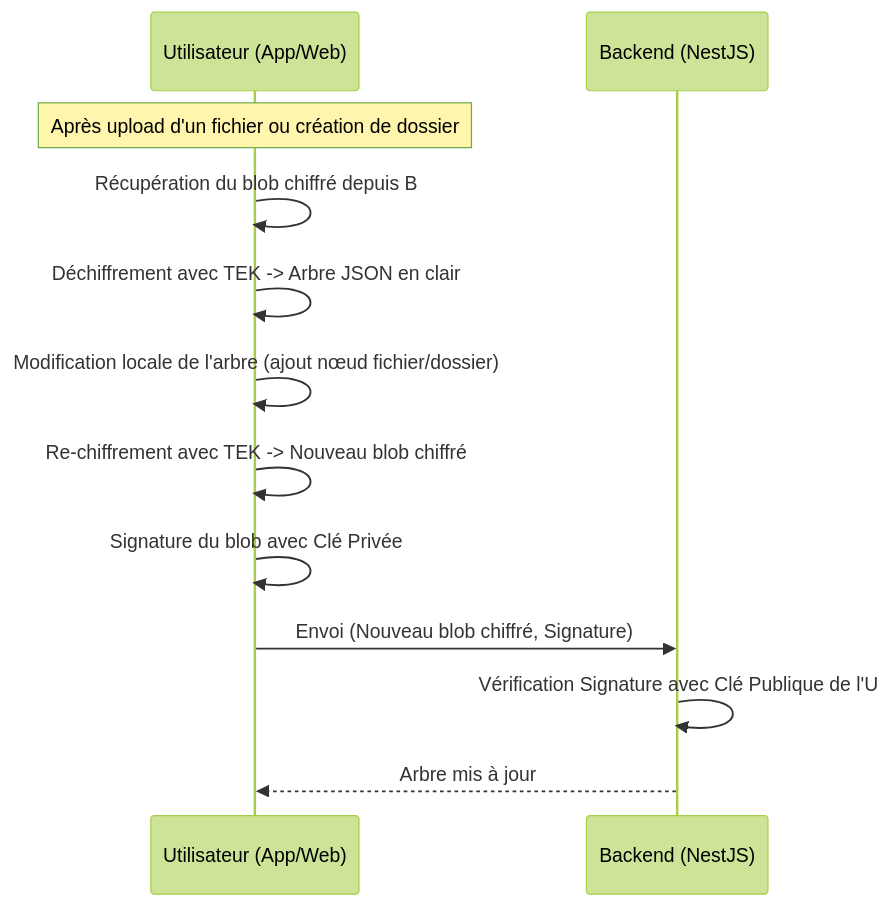
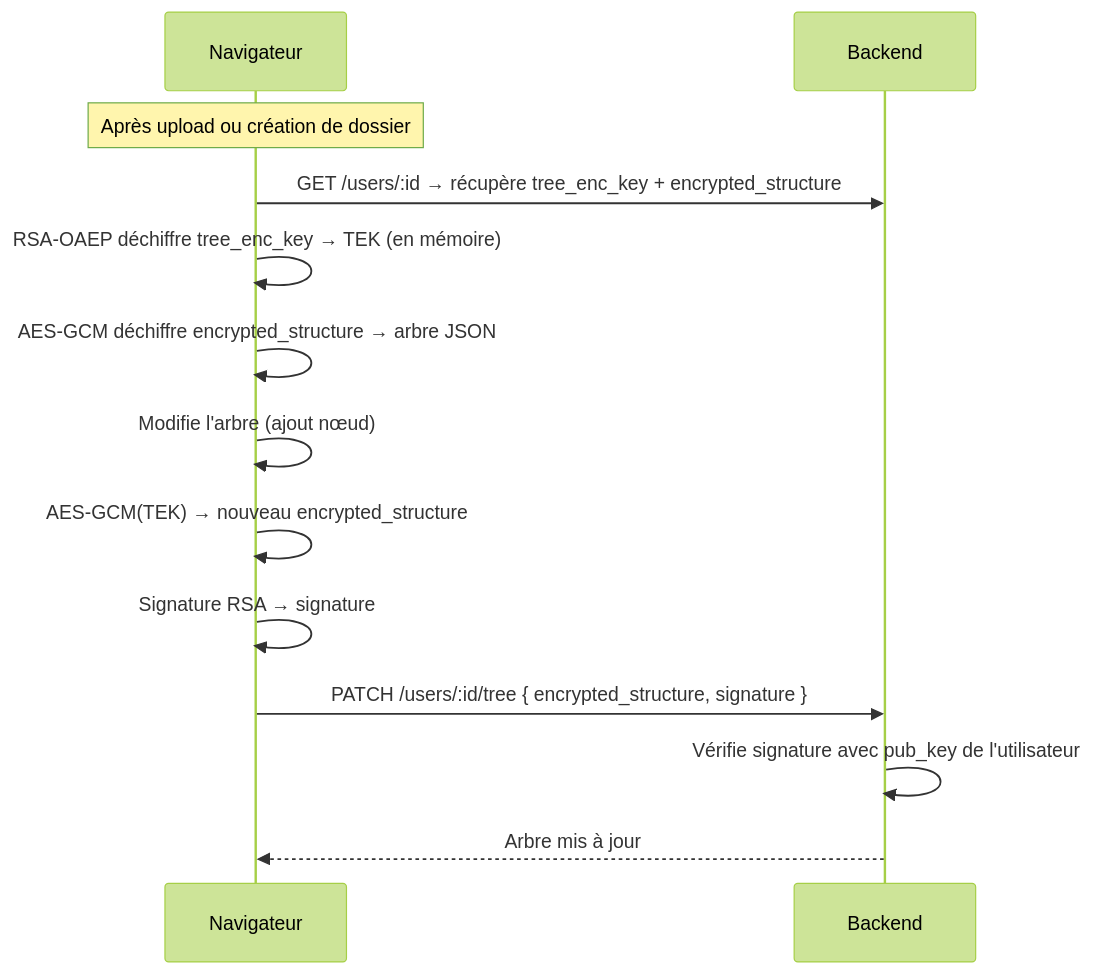
One commit to blind-storage/back-end changed the fourth of 10 diagrams in doc/crypto-flows.md. Above: the diagram before and after it, drawn with Mermaid (forest theme). The commit also changed other lines of this file and 2 other files, not shown here.

Commit message:
docs: update README and crypto documentation for clarity and structure

````diff
--- a/doc/crypto-flows.md
+++ b/doc/crypto-flows.md
@@ -39,15 +93,16 @@
 ```mermaid
 sequenceDiagram
-    participant U as Utilisateur (App/Web)
-    participant B as Backend (NestJS)
+    participant U as Navigateur
+    participant B as Backend
 
-    Note over U: Après upload d'un fichier ou création de dossier
-    U->>U: Récupération du blob chiffré depuis B
-    U->>U: Déchiffrement avec TEK -> Arbre JSON en clair
-    U->>U: Modification locale de l'arbre (ajout nœud fichier/dossier)
-    U->>U: Re-chiffrement avec TEK -> Nouveau blob chiffré
-    U->>U: Signature du blob avec Clé Privée
-    U->>B: Envoi (Nouveau blob chiffré, Signature)
-    B->>B: Vérification Signature avec Clé Publique de l'U
+    Note over U: Après upload ou création de dossier
+    U->>B: GET /users/:id → récupère tree_enc_key + encrypted_structure
+    U->>U: RSA-OAEP déchiffre tree_enc_key → TEK (en mémoire)
+    U->>U: AES-GCM déchiffre encrypted_structure → arbre JSON
+    U->>U: Modifie l'arbre (ajout nœud)
+    U->>U: AES-GCM(TEK) → nouveau encrypted_structure
+    U->>U: Signature RSA → signature
+    U->>B: PATCH /users/:id/tree { encrypted_structure, signature }
+    B->>B: Vérifie signature avec pub_key de l'utilisateur
     B-->>U: Arbre mis à jour
 ```
````
